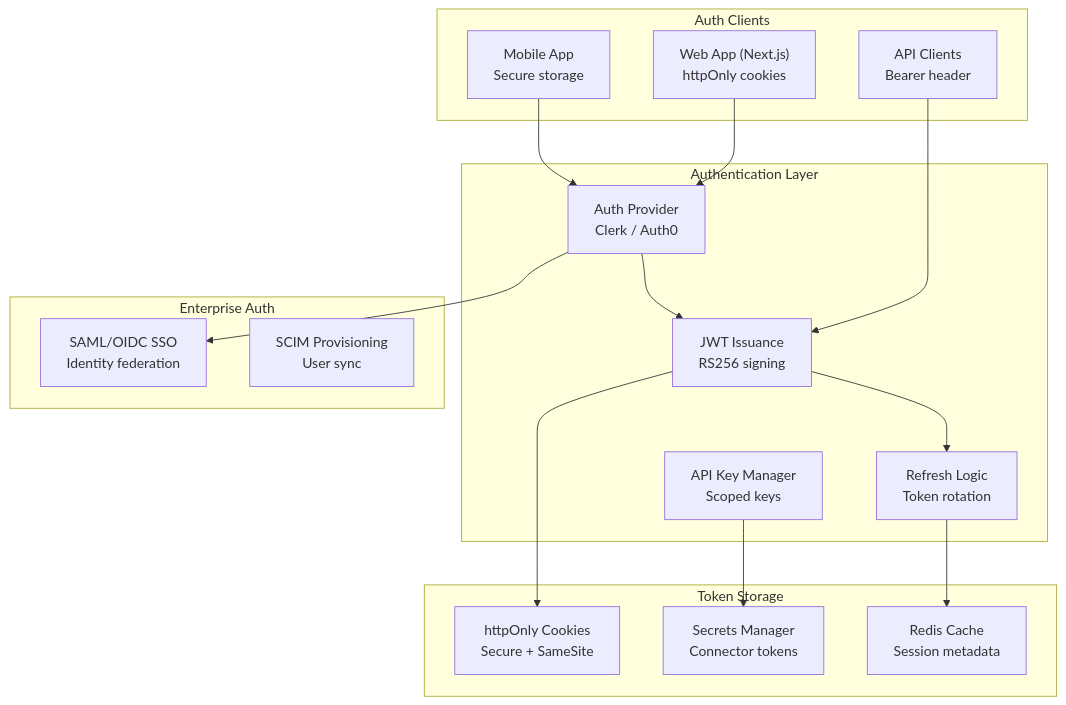
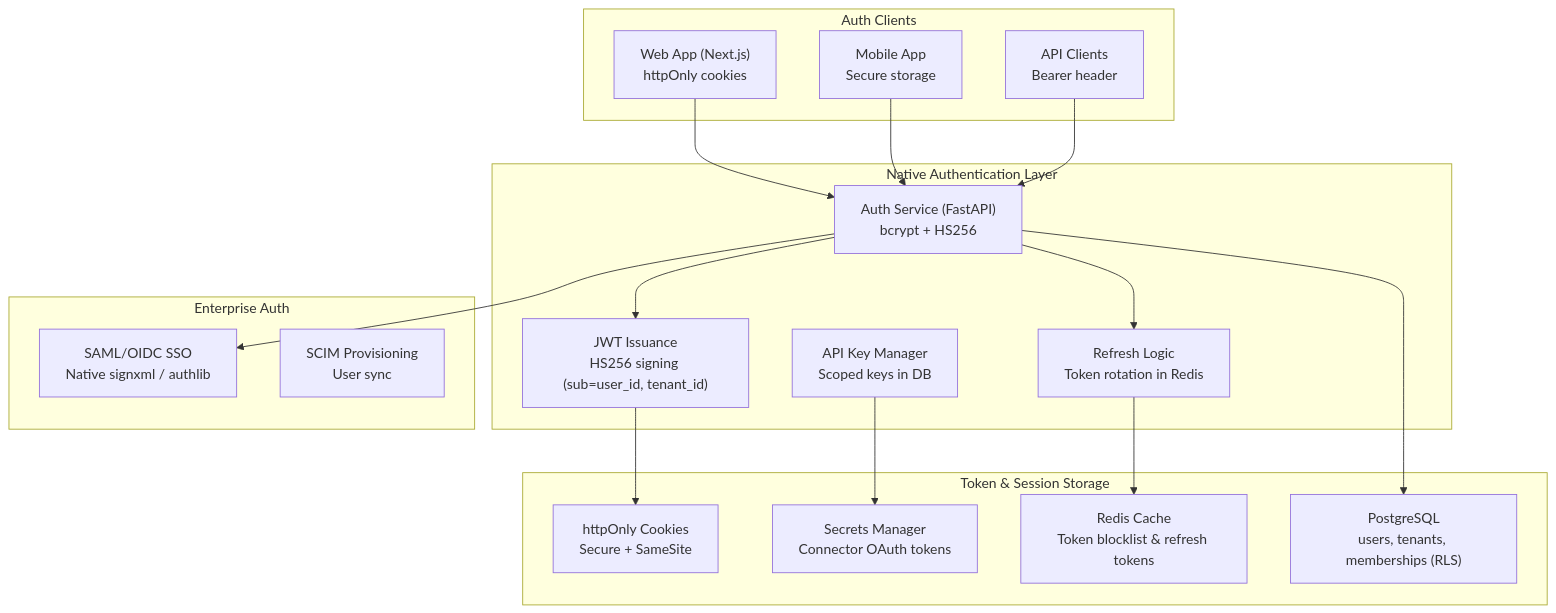
One commit to Driftloom/Vaeloom changed the second of 2 diagrams in docs/backend/Authentication.md. Above: the diagram before and after it, drawn with Mermaid. The commit also changed other lines of this file and 6 other files, not shown here.

Commit message:
feat(auth): add saml acs callback routes and update security architecture specs

````diff
--- a/docs/backend/Authentication.md
+++ b/docs/backend/Authentication.md
@@ -194,35 +195,38 @@
 ```mermaid
 graph TD
  subgraph Clients["Auth Clients"]
  WEB["Web App (Next.js)<br/>httpOnly cookies"]
  MOBILE["Mobile App<br/>Secure storage"]
  API["API Clients<br/>Bearer header"]
  end
 
- subgraph Auth["Authentication Layer"]
- CLERK["Auth Provider<br/>Clerk / Auth0"]
- JWT["JWT Issuance<br/>RS256 signing"]
- REFRESH["Refresh Logic<br/>Token rotation"]
- APIKEY["API Key Manager<br/>Scoped keys"]
+ subgraph Auth["Native Authentication Layer"]
+ AUTHSRV["Auth Service (FastAPI)<br/>bcrypt + HS256"]
+ JWT["JWT Issuance<br/>HS256 signing (sub=user_id, tenant_id)"]
+ REFRESH["Refresh Logic<br/>Token rotation in Redis"]
+ APIKEY["API Key Manager<br/>Scoped keys in DB"]
  end
 
  subgraph Enterprise["Enterprise Auth"]
- SAML["SAML/OIDC SSO<br/>Identity federation"]
+ SAML["SAML/OIDC SSO<br/>Native signxml / authlib"]
  SCIM["SCIM Provisioning<br/>User sync"]
  end
 
- subgraph Storage["Token Storage"]
+ subgraph Storage["Token & Session Storage"]
  COOKIES["httpOnly Cookies<br/>Secure + SameSite"]
- SECRETS["Secrets Manager<br/>Connector tokens"]
- REDIS["Redis Cache<br/>Session metadata"]
+ SECRETS["Secrets Manager<br/>Connector OAuth tokens"]
+ REDIS["Redis Cache<br/>Token blocklist & refresh tokens"]
+ PG["PostgreSQL<br/>users, tenants, memberships (RLS)"]
  end
 
- WEB--> CLERK
- MOBILE--> CLERK
- API--> JWT
- CLERK--> JWT--> REFRESH
- CLERK--> SAML
+ WEB--> AUTHSRV
+ MOBILE--> AUTHSRV
+ API--> AUTHSRV
+ AUTHSRV--> JWT
+ AUTHSRV--> REFRESH
+ AUTHSRV--> SAML
+ AUTHSRV--> PG
  JWT--> COOKIES
  APIKEY--> SECRETS
  REFRESH--> REDIS
 ```
````
